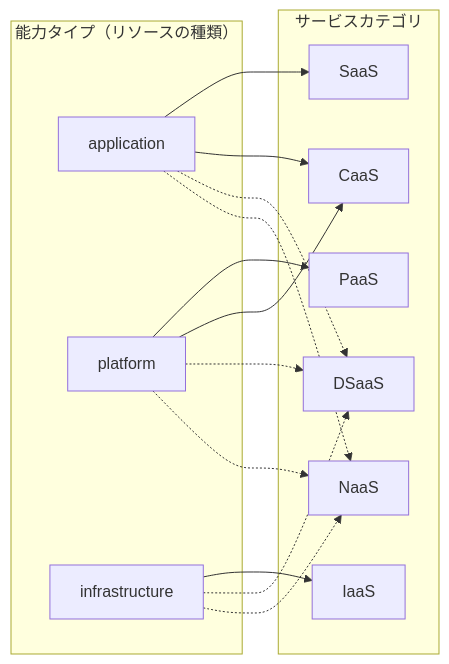
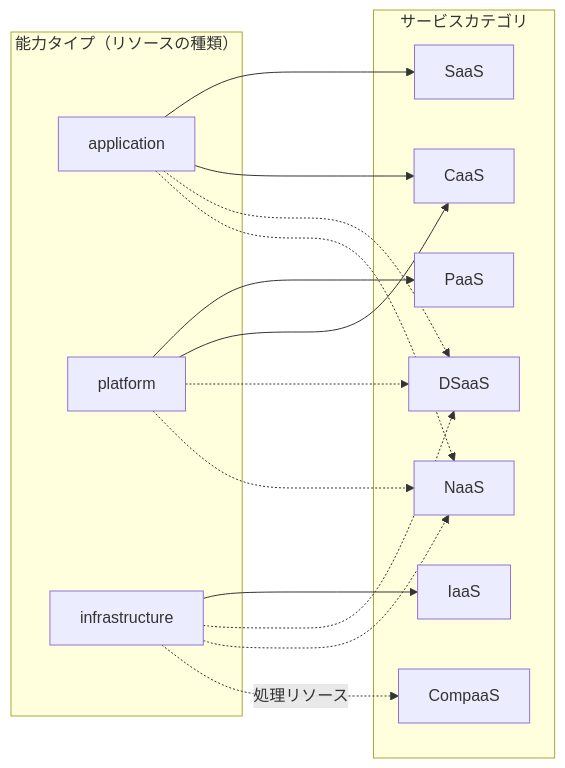
One commit to myoshi2891/Cloud-Infrastructure-and-Network-Studies changed the tenth of 15 diagrams in Iso-iec-22123-1-2023-guide.md. Above: the diagram before and after it, drawn with Mermaid. The commit also changed other lines of this file and 5 other files, not shown here.

````diff
--- a/Iso-iec-22123-1-2023-guide.md
+++ b/Iso-iec-22123-1-2023-guide.md
@@ -406,27 +406,29 @@
 ```mermaid
 flowchart LR
     subgraph CT["能力タイプ（リソースの種類）"]
         APP["application"]
         PLT["platform"]
         INF["infrastructure"]
     end
     subgraph SC["サービスカテゴリ"]
         SAAS["SaaS"]
         PAAS["PaaS"]
         IAAS["IaaS"]
         CAAS["CaaS"]
+        COMPAAS["CompaaS"]
         DSAAS["DSaaS"]
         NAAS["NaaS"]
     end
     APP --> SAAS
     PLT --> PAAS
     INF --> IAAS
     APP --> CAAS
     PLT --> CAAS
     APP -.-> DSAAS
     PLT -.-> DSAAS
     INF -.-> DSAAS
     APP -.-> NAAS
     PLT -.-> NAAS
     INF -.-> NAAS
+    INF -.->|"処理リソース"| COMPAAS
 ```
````
